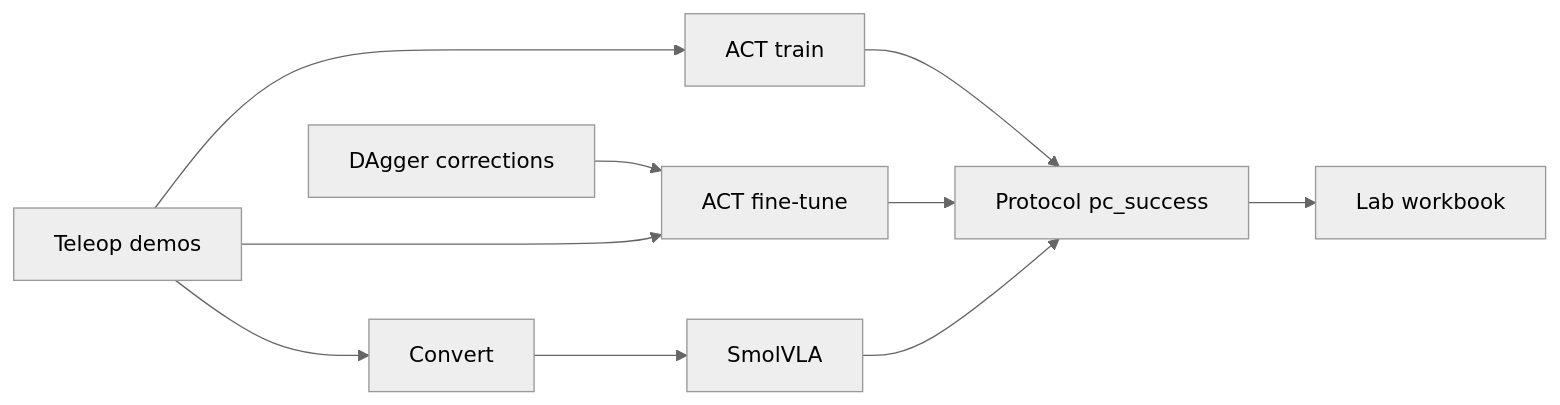
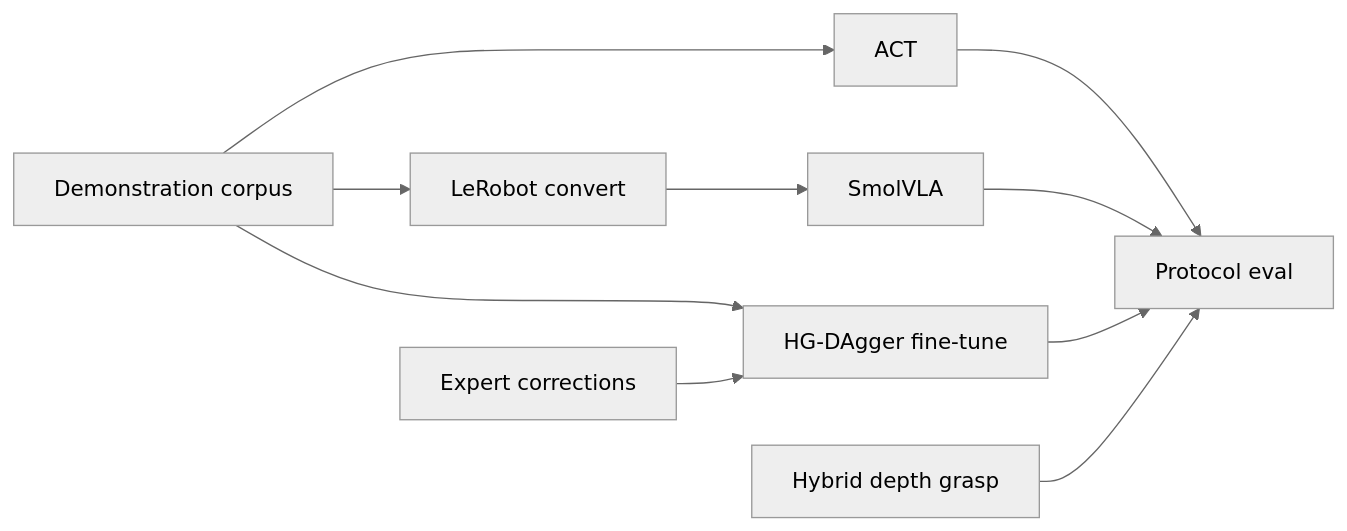
The diagram in README.md (romil0001/so101-visuomotor-ml), drawn with Mermaid (neutral theme) before and after one commit. The commit also changed other lines of this file and 4 other files, not shown here.

````diff
--- a/README.md
+++ b/README.md
@@ -34,12 +41,12 @@
 ```mermaid
 flowchart LR
-  demos[Teleop demos] --> act[ACT train]
-  demos --> conv[Convert]
-  conv --> sv[SmolVLA]
-  corr[DAgger corrections] --> ft[ACT fine-tune]
-  demos --> ft
-  act --> met[Protocol pc_success]
-  ft --> met
-  sv --> met
-  met --> sheet[Lab workbook]
+  demos[Demonstration corpus] --> act[ACT]
+  demos --> convert[LeRobot convert]
+  convert --> smolvla[SmolVLA]
+  demos --> dagger[HG-DAgger fine-tune]
+  corrections[Expert corrections] --> dagger
+  act --> protocol[Protocol eval]
+  smolvla --> protocol
+  dagger --> protocol
+  hybrid[Hybrid depth grasp] --> protocol
 ```
````
